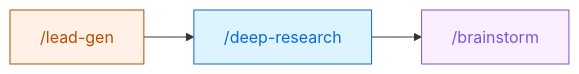
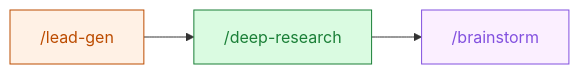
One commit to DoctorMozg/claude-pipelines changed the sixth of 9 diagrams in README.md. Above: the diagram before and after it, drawn with Mermaid. The commit also changed other lines of this file and 12 other files, not shown here.

Commit message:
Moving deep-research to pipe plugin

````diff
--- a/README.md
+++ b/README.md
@@ -108,8 +108,8 @@
 ```mermaid
 flowchart LR
-    A["/lead-gen"]:::outreach --> B["/deep-research"]:::base
+    A["/lead-gen"]:::outreach --> B["/deep-research"]:::pipe
     B --> C["/brainstorm"]:::creative
     classDef outreach fill:#fff1e5,stroke:#bc4c00,color:#bc4c00
-    classDef base fill:#ddf4ff,stroke:#0969da,color:#0969da
+    classDef pipe fill:#dafbe1,stroke:#1a7f37,color:#1a7f37
     classDef creative fill:#fbefff,stroke:#8250df,color:#8250df
 ```
````
